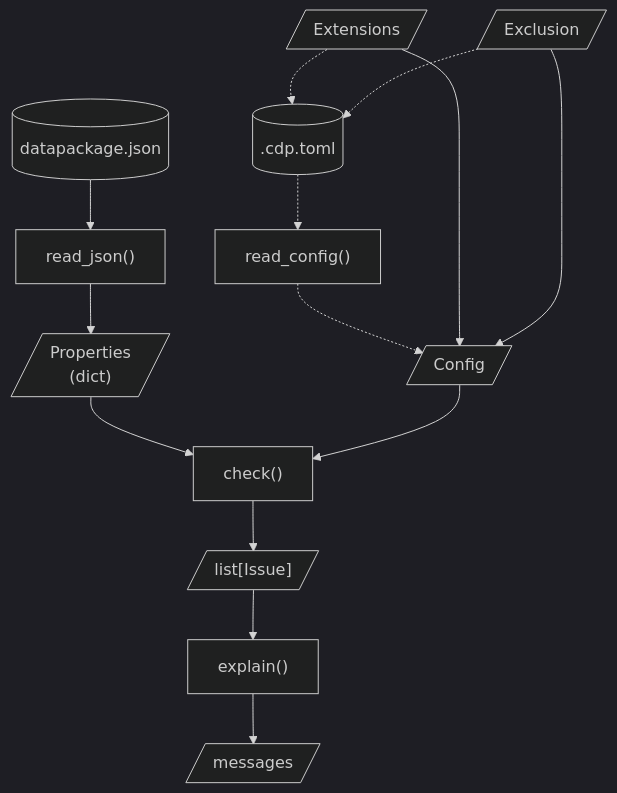
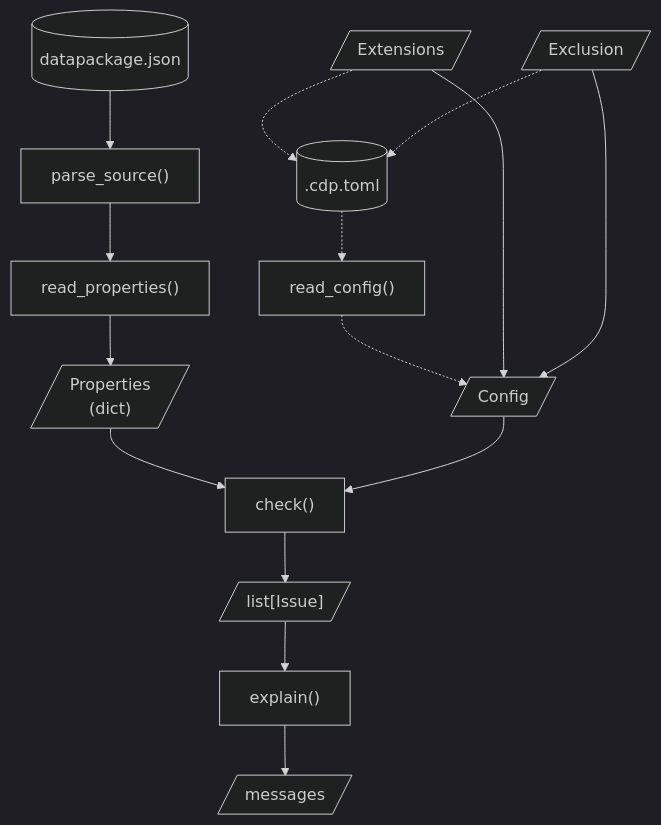
The diagram in docs/design/interface/python.qmd (seedcase-project/check-datapackage), drawn with Mermaid (dark theme) before and after one commit. The commit also changed other lines of this file and 2 other files, not shown here.

Commit message:
docs: replace read_json with parse_source and read_properties

````diff
--- a/docs/design/interface/python.qmd
+++ b/docs/design/interface/python.qmd
@@ -15,28 +15,29 @@
 ```{mermaid}
 %%| label: fig-interface-flow
 %%| fig-cap: "Flow of inputs and outputs through the functions and classes of `check-datapackage`."
 %%| fig-alt: "A flowchart showing the flow of using `check-datapackage`, starting with reading the `datapackage.json` and `.cdp.toml` files, then checking the properties with the config, and finally explaining any issues found."
 flowchart TD
     descriptor_file[(datapackage.json)]
-    read_json["read_json()"]
+    parse_source["parse_source()"]
+    read_properties["read_properties()"]
     properties[/"Properties<br>(dict)"/]
 
     config_file[(.cdp.toml)]
     read_config["read_config()"]
 
     config[/Config/]
     extensions[/Extensions/]
     exclusion[/Exclusion/]
     check["check()"]
     issues[/"list[Issue]"/]
 
     explain["explain()"]
     messages[/messages/]
 
-    descriptor_file --> read_json --> properties
+    descriptor_file --> parse_source --> read_properties --> properties
     config_file -.-> read_config -.-> config
     extensions & exclusion --> config
     extensions & exclusion -.-> config_file
 
     properties & config --> check --> issues --> explain --> messages
 ```
````
